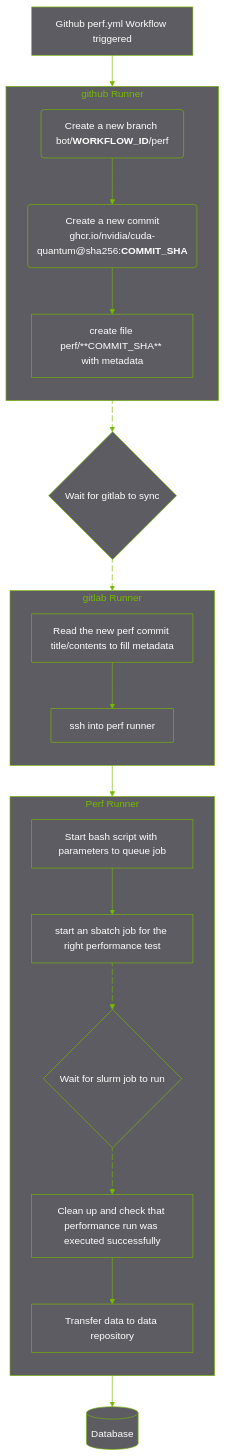
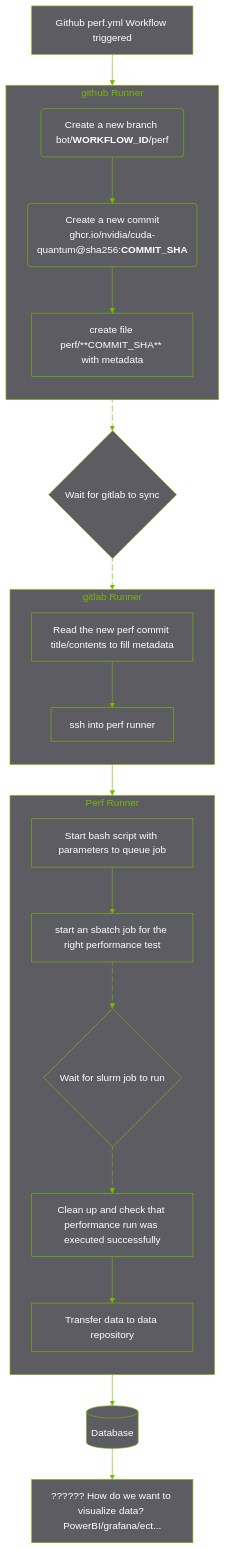
One commit to mitchdz/cuda-quantum changed the diagram in README.md. Above: the diagram before and after it, drawn with Mermaid.

Commit message:
add q mark

````diff
--- a/README.md
+++ b/README.md
@@ -6,78 +6,79 @@
 ```mermaid
 ---
 config:
   theme: 'base'
   themeVariables:
     primaryColor: '#ffffffff'
     primaryTextColor: '#ffffffff'
     primaryBorderColor: '#76B900'
     lineColor: '#76B900'
     clusterBkg: '#5e5c63'
     clusterBorder: '#76B900'
     mainBkg: '#5e5c63'
     titleColor: '#76B900'
 ---
 flowchart TD
     Github[Github perf.yml Workflow triggered]
 
     Workflow("`Create a new branch bot/**WORKFLOW_ID**/perf`")
 
     commit("`Create a new commit
     ghcr.io/nvidia/cuda-quantum@sha256:**COMMIT_SHA**`")
 
     %% contents("`perf/cuda-quantum/**COMMIT_SHA**`")
     contents["create file perf/**COMMIT_SHA** with metadata"]
 
     ssh[ssh into perf runner]
     
     bash[Start bash script with parameters to queue job]
 
     prepare[Read the new perf commit title/contents to fill metadata]
 
     wait1{Wait for gitlab to sync }
 
     wait2{Wait for slurm job to run}
 
     slurm[start an sbatch job for the right performance test]
 
     cleanup[Clean up and check that performance run was executed successfully]
 
     finalize[Transfer data to data repository]
 
-
     Github --> GithubRunner
 
     subgraph GithubRunner["github Runner"]
         direction TB
 
         Workflow --> commit
         commit --> contents
         end
     GithubRunner e1@--> wait1
     e1@{ animation: fast }
 
     wait1 e2@--> gitlab
     e2@{ animation: fast }
 
     subgraph gitlab["gitlab Runner"]
         direction TB
 
         prepare --> ssh
     end
     gitlab --> perfRunner
 
     subgraph perfRunner["Perf Runner"]
         direction TB
 
         bash --> slurm
         slurm e3@--> wait2
         e3@{ animation: fast }
         wait2 e4@--> cleanup
         e4@{ animation: fast }
         cleanup --> finalize
     end
     perfRunner --> database1
 
 
     database1[(Database)]
+
+    database1 --> question["?????? How do we want to visualize data? PowerBI/grafana/ect..."]
 ```
````
